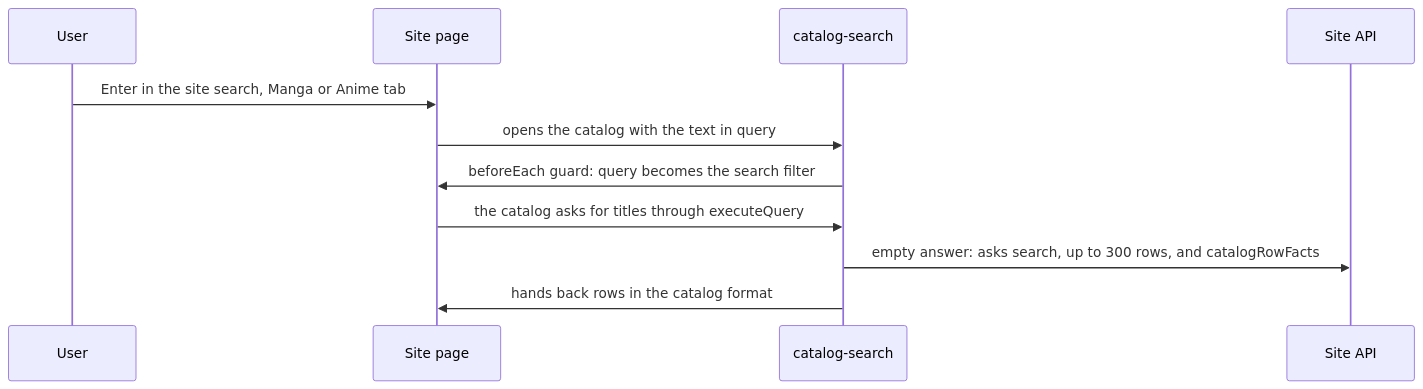
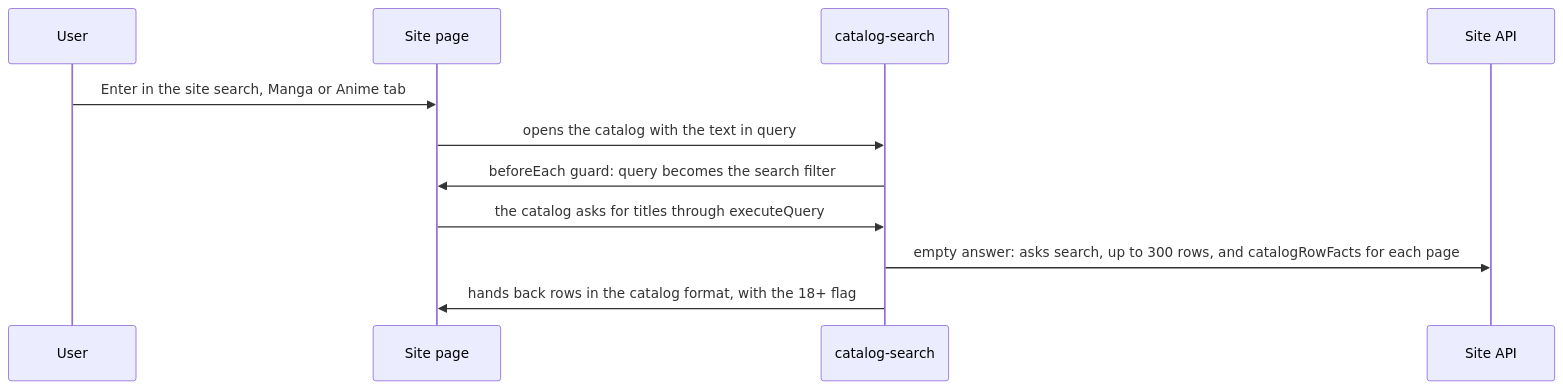
Before and after one commit to Antawq/senkuro-tools: the sixth of 8 diagrams in docs/architecture.md, drawn with Mermaid. The commit also changed 1 other file, not shown here.

Commit message:
chore: say in the architecture pages that the catalog lookup runs for each page and carries the 18+ flag

````diff
--- a/docs/architecture.md
+++ b/docs/architecture.md
@@ -101,13 +101,13 @@
 ```mermaid
 sequenceDiagram
   participant U as User
   participant S as Site page
   participant H as catalog-search
   participant A as Site API
   U->>S: Enter in the site search, Manga or Anime tab
   S->>H: opens the catalog with the text in query
   H->>S: beforeEach guard: query becomes the search filter
   S->>H: the catalog asks for titles through executeQuery
-  H->>A: empty answer: asks search, up to 300 rows, and catalogRowFacts
-  H->>S: hands back rows in the catalog format
+  H->>A: empty answer: asks search, up to 300 rows, and catalogRowFacts for each page
+  H->>S: hands back rows in the catalog format, with the 18+ flag
 ```
````
